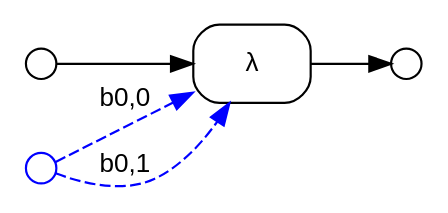
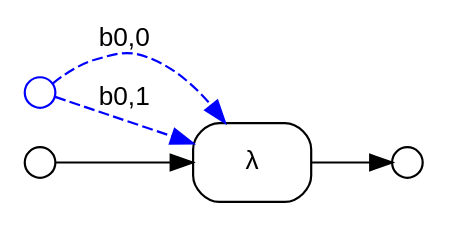
Before and after one commit to ammatsui/bhypvis: the diagram in safety_unsafe_bound_twice_same_edge.dot, drawn with Graphviz. The commit also changed other lines of this file and 734 other files, not shown here.

```diff
--- a/safety_unsafe_bound_twice_same_edge.dot
+++ b/safety_unsafe_bound_twice_same_edge.dot
@@ -1,23 +1,23 @@
 digraph G {
   fontname="Helvetica"
   fontsize=12
   rankdir=LR;
   node [fontname="Helvetica", fontsize=12];
   edge [fontname="Helvetica", fontsize=12];
 
   // Nodes
+  n0 [label="", shape=circle, style=filled, fillcolor=white, color="blue", width=0.2, height=0.2, fixedsize=true];
   n1 [label="", shape=circle, style=filled, fillcolor=white, color="black", width=0.2, height=0.2, fixedsize=true];
   n2 [label="", shape=circle, style=filled, fillcolor=white, color="black", width=0.2, height=0.2, fixedsize=true];
-  n0 [label="", shape=circle, style=filled, fillcolor=white, color="blue", width=0.2, height=0.2, fixedsize=true];
 
   // Hyperedges
   e0 [label="λ", shape=box, style=rounded, color="black"];
 
   // Source connections
   n1 -> e0 [label=""];
   n0 -> e0 [style=dashed, color="blue", constraint=false, label="b0,0"];
   n0 -> e0 [style=dashed, color="blue", constraint=false, label="b0,1"];
 
   // Target connections
   e0 -> n2 [label=""];
 }
```
